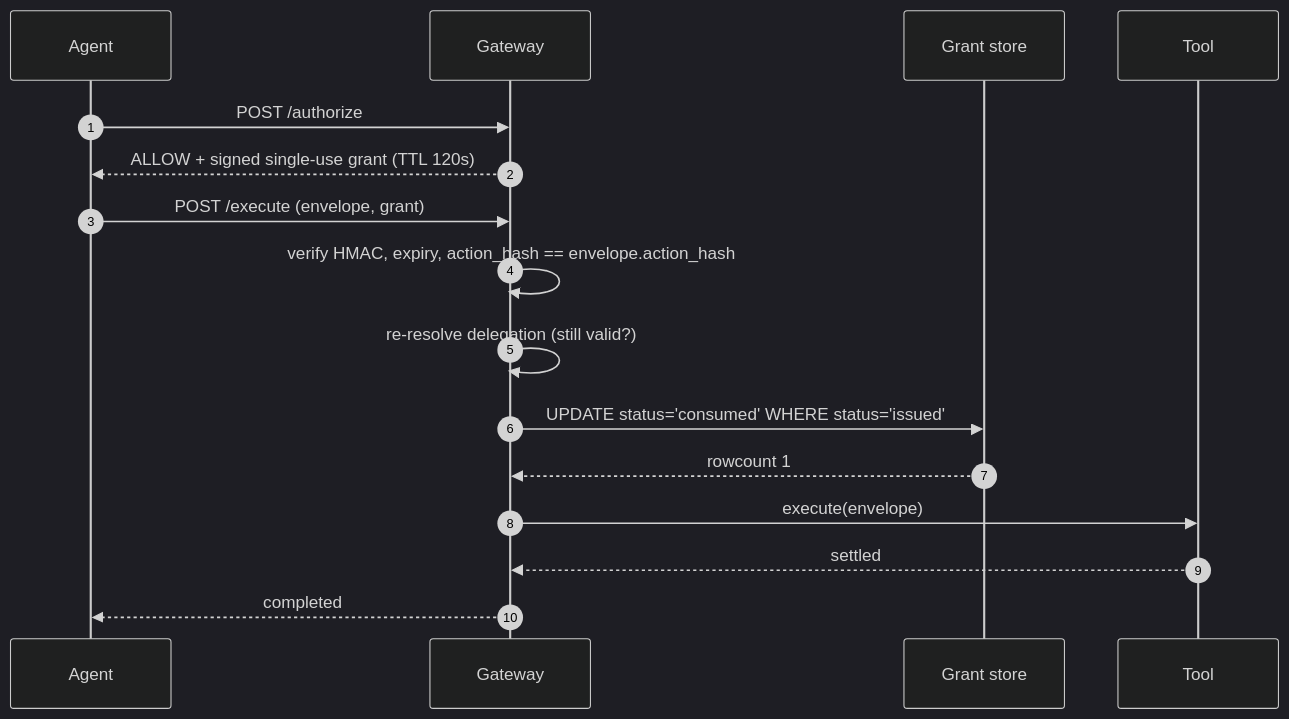
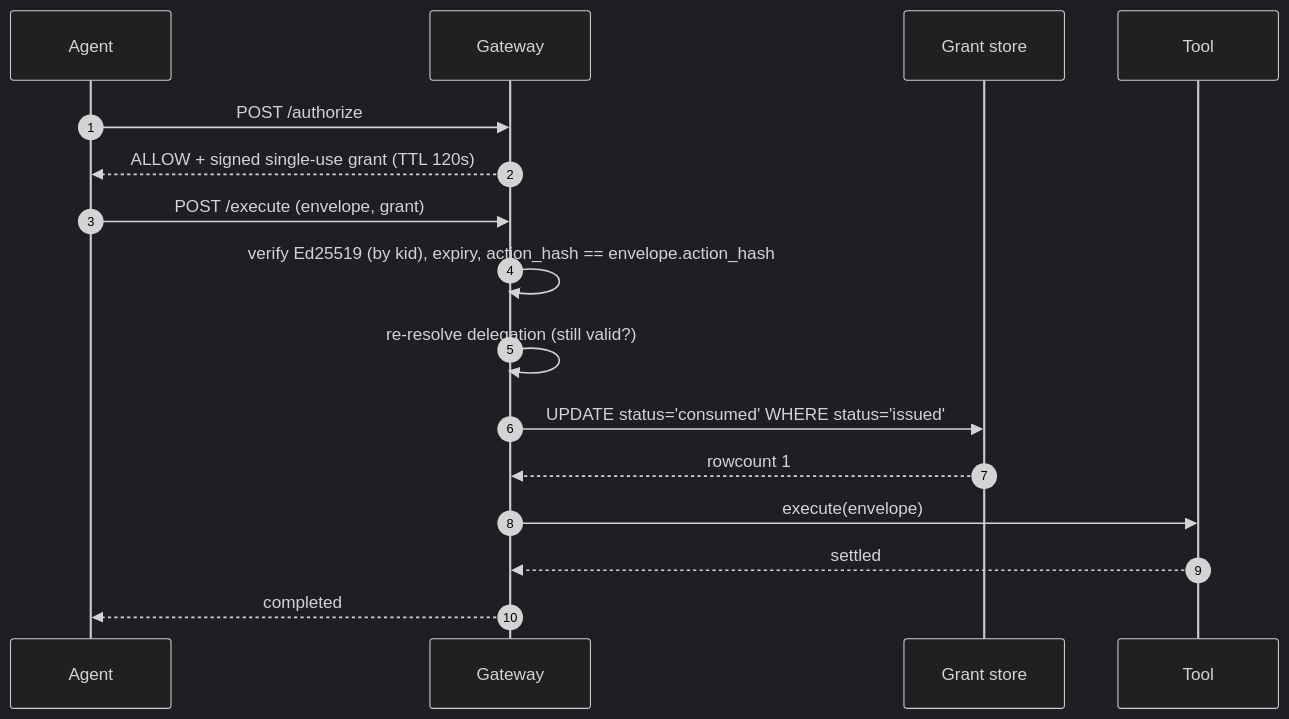
One commit to TimelessVisions/agent-trust-plane changed the third of 3 diagrams in docs/architecture/architecture.md. Above: the diagram before and after it, drawn with Mermaid (dark theme). The commit also changed other lines of this file and 39 other files, not shown here.

````diff
--- a/docs/architecture/architecture.md
+++ b/docs/architecture/architecture.md
@@ -149,19 +154,19 @@
 ```mermaid
 sequenceDiagram
     autonumber
     participant AG as Agent
     participant GW as Gateway
     participant GS as Grant store
     participant TL as Tool
 
     AG->>GW: POST /authorize
     GW-->>AG: ALLOW + signed single-use grant (TTL 120s)
     AG->>GW: POST /execute (envelope, grant)
-    GW->>GW: verify HMAC, expiry, action_hash == envelope.action_hash
+    GW->>GW: verify Ed25519 (by kid), expiry, action_hash == envelope.action_hash
     GW->>GW: re-resolve delegation (still valid?)
     GW->>GS: UPDATE status='consumed' WHERE status='issued'
     GS-->>GW: rowcount 1
     GW->>TL: execute(envelope)
     TL-->>GW: settled
     GW-->>AG: completed
 ```
````
